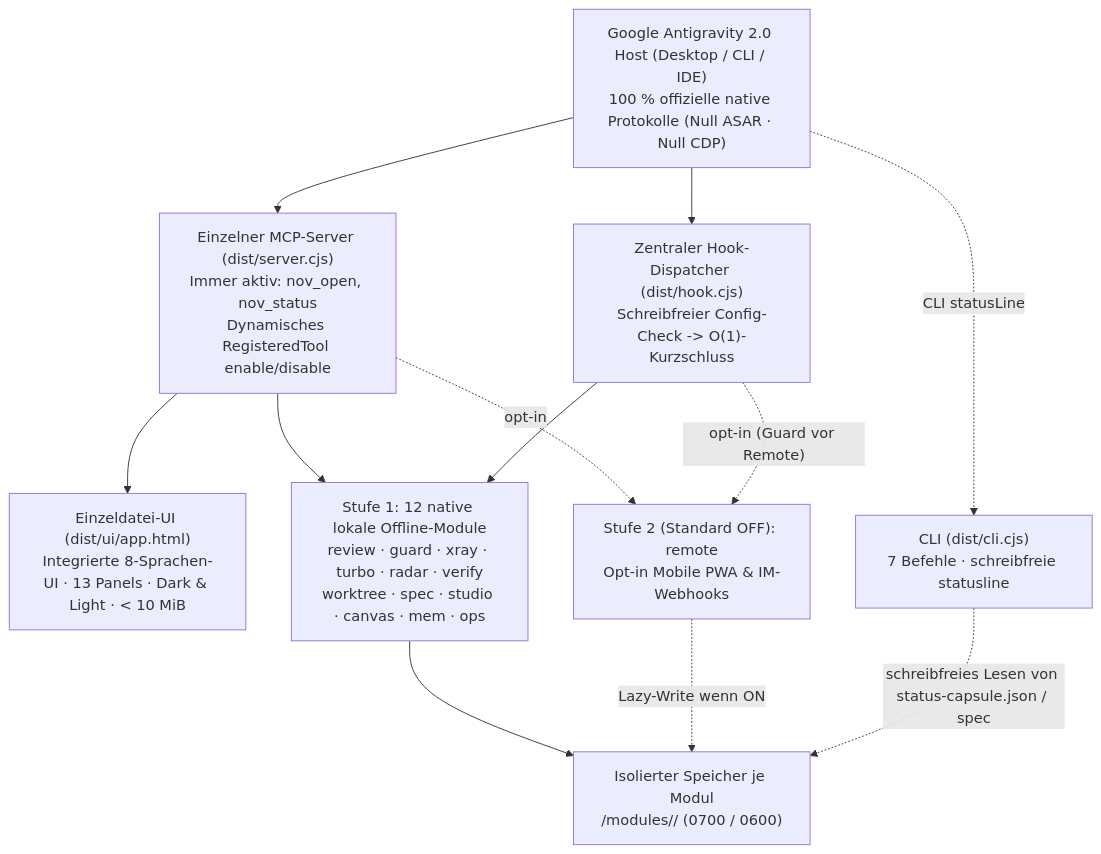
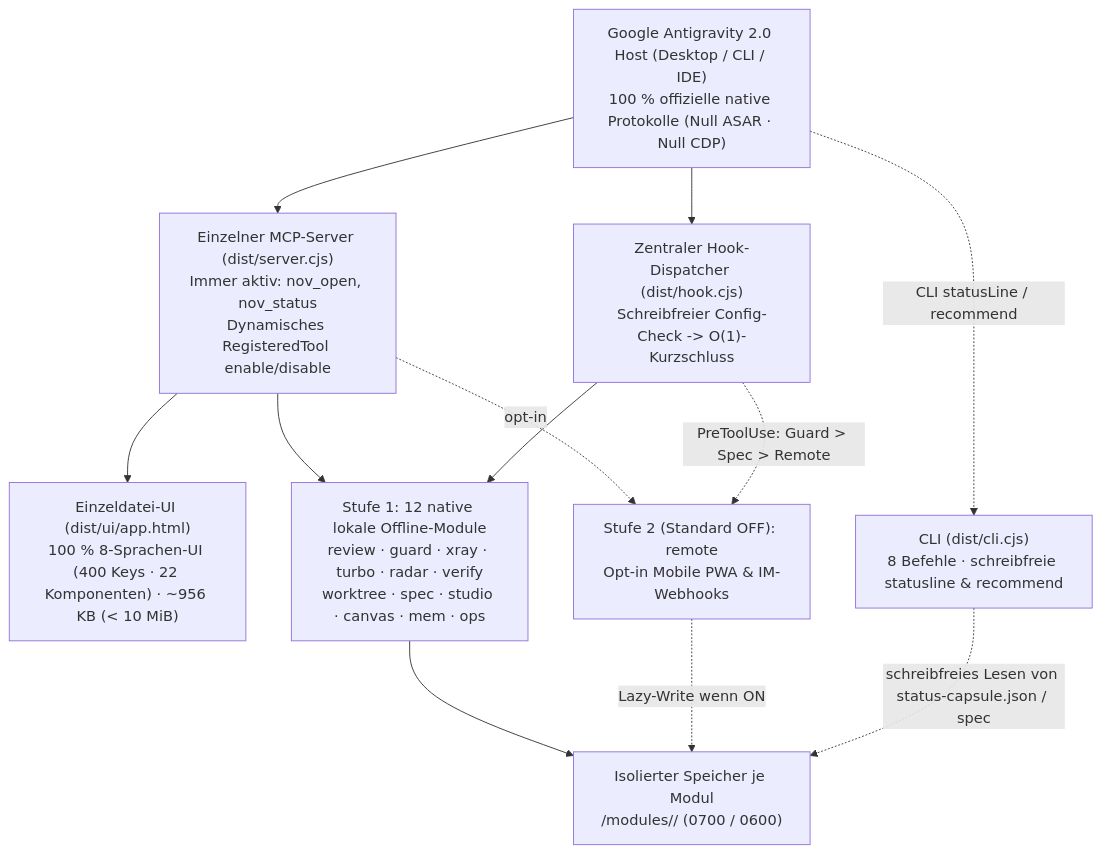
Before and after one commit to tone-leh/agy-NOV: the diagram in docs/i18n/README.de.md, drawn with Mermaid. The commit also changed other lines of this file and 74 other files, not shown here.

````diff
--- a/docs/i18n/README.de.md
+++ b/docs/i18n/README.de.md
@@ -198,23 +223,23 @@
 ```mermaid
 flowchart TB
   Host["Google Antigravity 2.0 Host (Desktop / CLI / IDE)\n100 % offizielle native Protokolle (Null ASAR · Null CDP)"]
   MCP["Einzelner MCP-Server (dist/server.cjs)\nImmer aktiv: nov_open, nov_status\nDynamisches RegisteredTool enable/disable"]
-  UI["Einzeldatei-UI (dist/ui/app.html)\nIntegrierte 8-Sprachen-UI · 13 Panels · Dark & Light · < 10 MiB"]
+  UI["Einzeldatei-UI (dist/ui/app.html)\n100 % 8-Sprachen-UI (400 Keys · 22 Komponenten) · ~956 KB (< 10 MiB)"]
   Hook["Zentraler Hook-Dispatcher (dist/hook.cjs)\nSchreibfreier Config-Check -> O(1)-Kurzschluss"]
-  CLI["CLI (dist/cli.cjs)\n7 Befehle · schreibfreie statusline"]
+  CLI["CLI (dist/cli.cjs)\n8 Befehle · schreibfreie statusline & recommend"]
   Store["Isolierter Speicher je Modul\n<dataDir>/modules/<id>/ (0700 / 0600)"]
   T1["Stufe 1: 12 native lokale Offline-Module\nreview · guard · xray · turbo · radar · verify\nworktree · spec · studio · canvas · mem · ops"]
   T2R["Stufe 2 (Standard OFF): remote\nOpt-in Mobile PWA & IM-Webhooks"]
 
   Host --> MCP
   Host --> Hook
-  Host -. "CLI statusLine" .-> CLI
+  Host -. "CLI statusLine / recommend" .-> CLI
   MCP --> UI
   MCP --> T1
   MCP -. "opt-in" .-> T2R
   Hook --> T1
-  Hook -. "opt-in (Guard vor Remote)" .-> T2R
+  Hook -. "PreToolUse: Guard > Spec > Remote" .-> T2R
   T1 --> Store
   T2R -. "Lazy-Write wenn ON" .-> Store
   CLI -. "schreibfreies Lesen von status-capsule.json / spec" .-> Store
 ```
````
